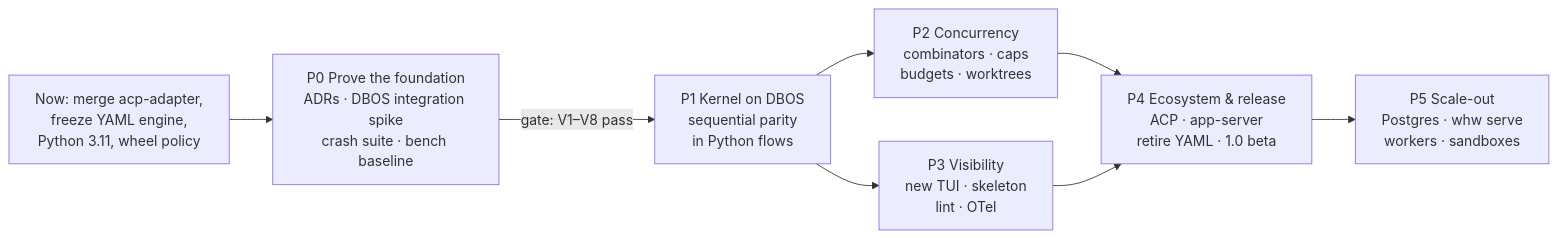
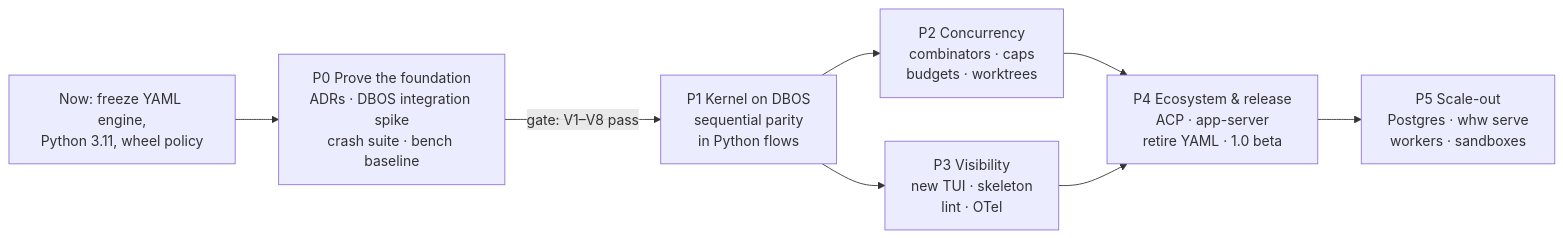
Before and after one commit to Karetski/whisperwind: the tenth of 10 diagrams in VISION.md, drawn with Mermaid. The commit also changed other lines of this file, not shown here.

First line of the commit message:
Lock in VISION.md and drop the unmerged ACP branch from the plan

````diff
--- a/VISION.md
+++ b/VISION.md
@@ -846,10 +846,10 @@
 ```mermaid
 flowchart LR
   P0["P0 Prove the foundation<br/>ADRs · DBOS integration spike<br/>crash suite · bench baseline"] -->|"gate: V1–V8 pass"| P1["P1 Kernel on DBOS<br/>sequential parity<br/>in Python flows"]
   P1 --> P2["P2 Concurrency<br/>combinators · caps<br/>budgets · worktrees"]
   P1 --> P3["P3 Visibility<br/>new TUI · skeleton<br/>lint · OTel"]
   P2 --> P4["P4 Ecosystem & release<br/>ACP · app-server<br/>retire YAML · 1.0 beta"]
   P3 --> P4
   P4 --> P5["P5 Scale-out<br/>Postgres · whw serve<br/>workers · sandboxes"]
-  M["Now: merge acp-adapter,<br/>freeze YAML engine,<br/>Python 3.11, wheel policy"] --> P0
+  M["Now: freeze YAML engine,<br/>Python 3.11, wheel policy"] --> P0
 ```
````
